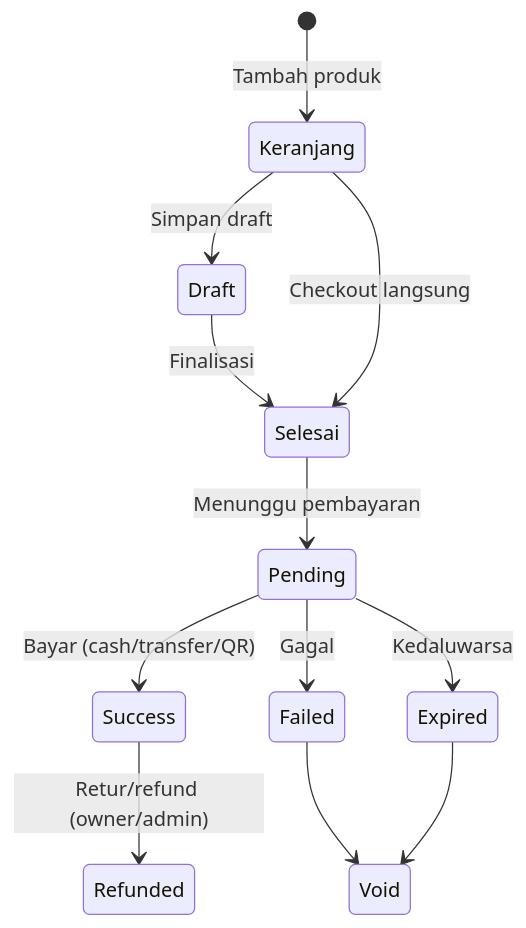
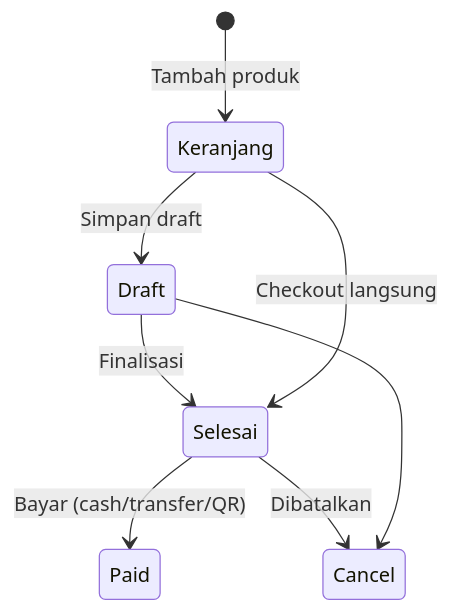
The second of 7 diagrams in docs/specification/WorkflowSpecification.md (fathulkirom/saas-serviceku), drawn with Mermaid before and after one commit. The commit also changed other lines of this file and 839 other files, not shown here.

````diff
--- a/docs/specification/WorkflowSpecification.md
+++ b/docs/specification/WorkflowSpecification.md
@@ -43,14 +43,10 @@
 ```mermaid
 stateDiagram-v2
     [*] --> Keranjang: Tambah produk
     Keranjang --> Draft: Simpan draft
     Draft --> Selesai: Finalisasi
     Keranjang --> Selesai: Checkout langsung
-    Selesai --> Pending: Menunggu pembayaran
-    Pending --> Success: Bayar (cash/transfer/QR)
-    Pending --> Failed: Gagal
-    Pending --> Expired: Kedaluwarsa
-    Success --> Refunded: Retur/refund (owner/admin)
-    Failed --> Void
-    Expired --> Void
+    Selesai --> Paid: Bayar (cash/transfer/QR)
+    Selesai --> Cancel: Dibatalkan
+    Draft --> Cancel
 ```
````
